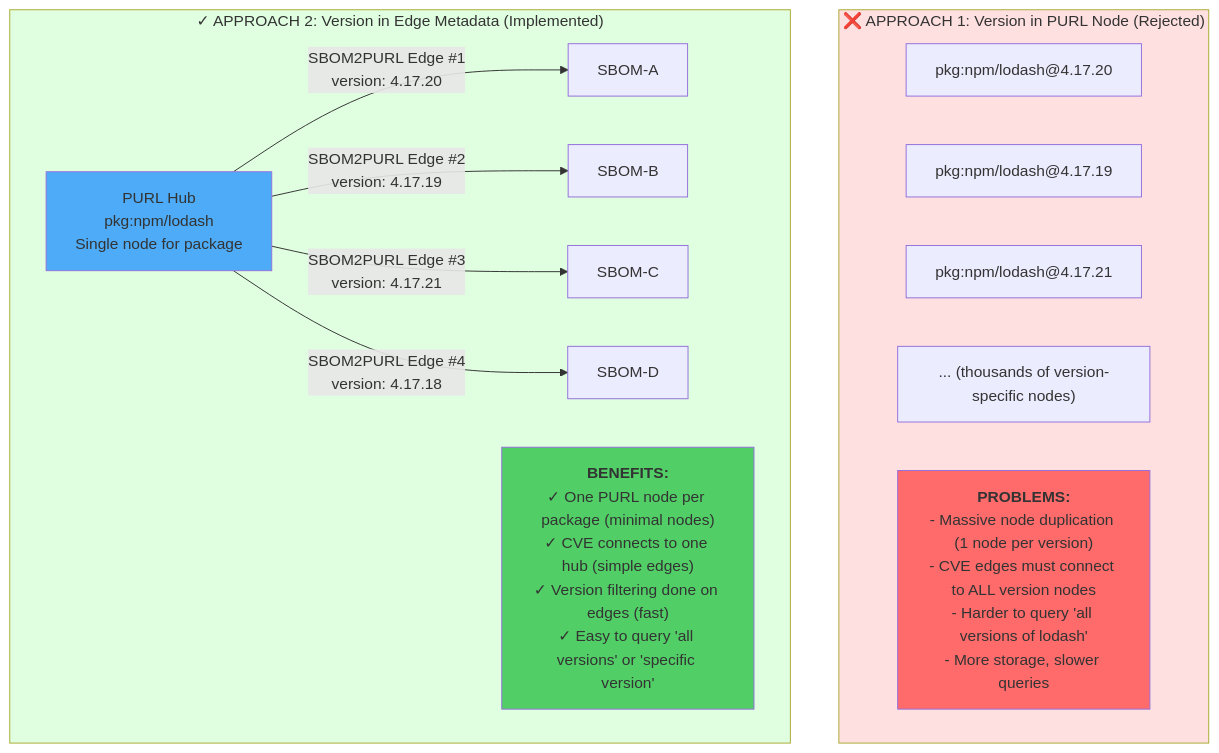
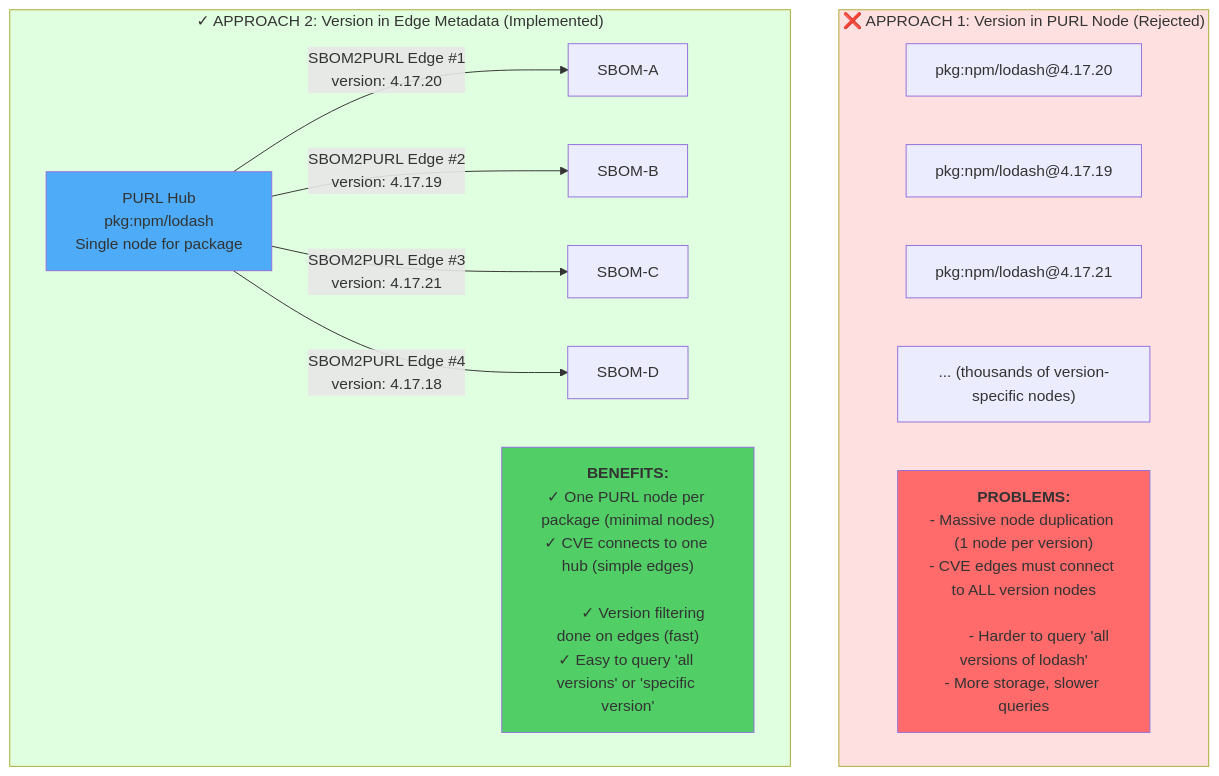
Before and after one commit to ortelius/cve2release-tracker: the seventh of 23 diagrams in design.md, drawn with Mermaid. The commit also changed other lines of this file, not shown here.

````diff
--- a/design.md
+++ b/design.md
@@ -411,28 +412,30 @@
 ```mermaid
 flowchart TB
     subgraph Wrong["❌ APPROACH 1: Version in PURL Node (Rejected)"]
         W1["pkg:npm/lodash@4.17.20"]
         W2["pkg:npm/lodash@4.17.19"]
         W3["pkg:npm/lodash@4.17.21"]
         W4["... (thousands of version-specific nodes)"]
         
-        WProblems["<b>PROBLEMS:</b><br/>- Massive node duplication (1 node per version)<br/>- CVE edges must connect to ALL version nodes<br/>- Harder to query 'all versions of lodash'<br/>- More storage, slower queries"]
+        WProblems["<b>PROBLEMS:</b><br/>- Massive node duplication (1 node per version)<br/>- CVE edges must connect to ALL version nodes<br/>
+        - Harder to query 'all versions of lodash'<br/>- More storage, slower queries"]
     end
     
     subgraph Right["✓ APPROACH 2: Version in Edge Metadata (Implemented)"]
         Hub["PURL Hub<br/>pkg:npm/lodash<br/>Single node for package"]
         
         Hub -->|SBOM2PURL Edge #1<br/>version: 4.17.20| S1["SBOM-A"]
         Hub -->|SBOM2PURL Edge #2<br/>version: 4.17.19| S2["SBOM-B"]
         Hub -->|SBOM2PURL Edge #3<br/>version: 4.17.21| S3["SBOM-C"]
         Hub -->|SBOM2PURL Edge #4<br/>version: 4.17.18| S4["SBOM-D"]
         
-        RBenefits["<b>BENEFITS:</b><br/>✓ One PURL node per package (minimal nodes)<br/>✓ CVE connects to one hub (simple edges)<br/>✓ Version filtering done on edges (fast)<br/>✓ Easy to query 'all versions' or 'specific version'"]
+        RBenefits["<b>BENEFITS:</b><br/>✓ One PURL node per package (minimal nodes)<br/>✓ CVE connects to one hub (simple edges)<br/>
+        ✓ Version filtering done on edges (fast)<br/>✓ Easy to query 'all versions' or 'specific version'"]
     end
     
     style Wrong fill:#ffe0e0
     style Right fill:#e0ffe0
     style Hub fill:#4dabf7
     style WProblems fill:#ff6b6b
     style RBenefits fill:#51cf66
 ```
````
